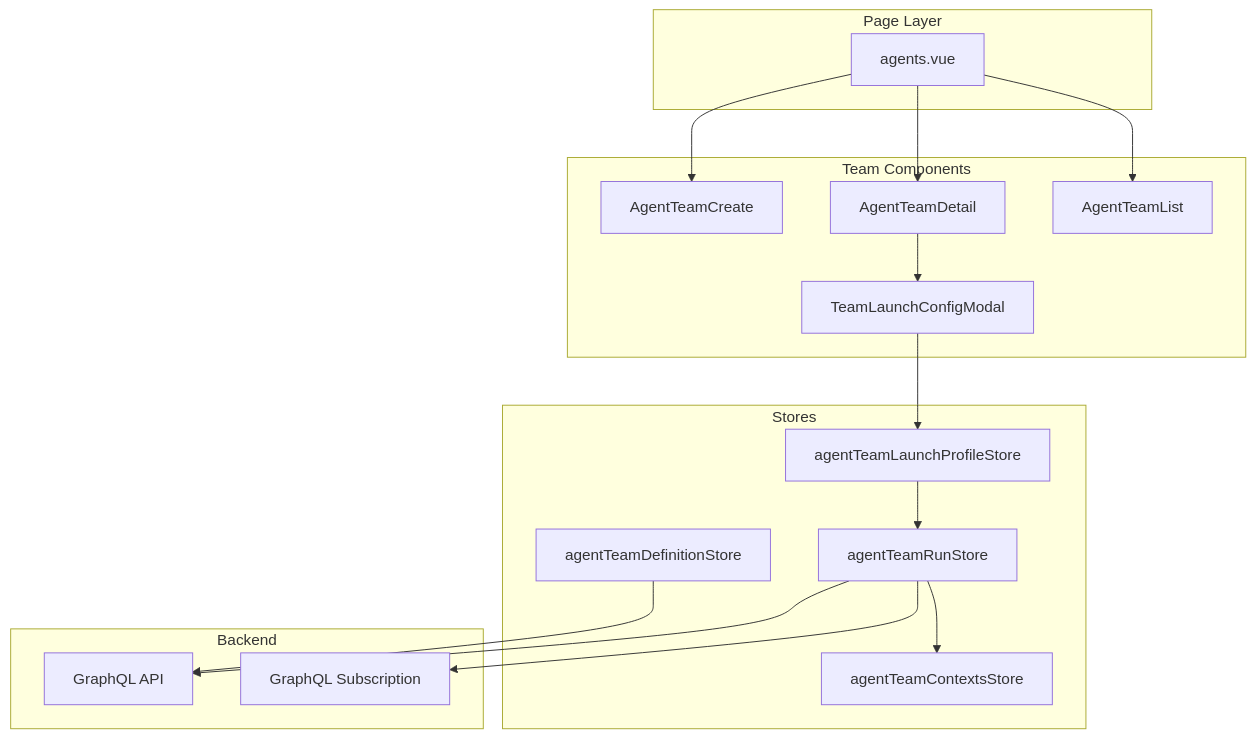
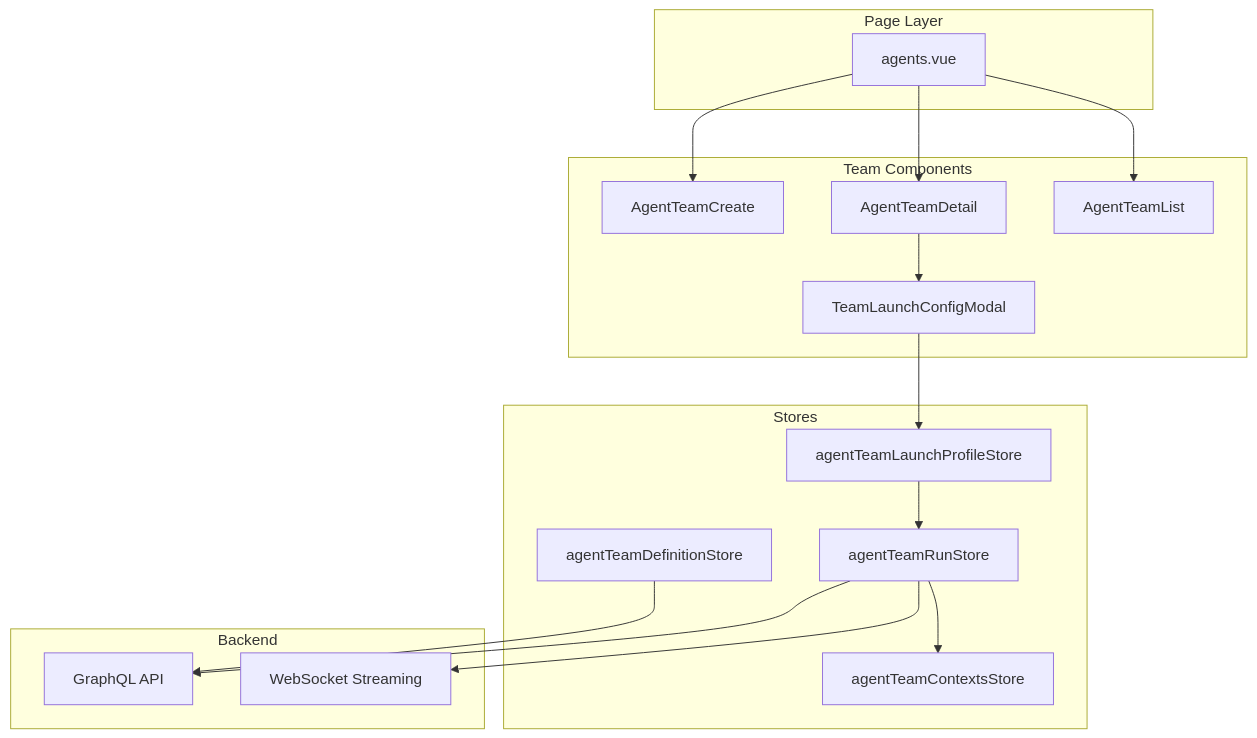
Before and after one commit to AutoByteus/autobyteus-web: the first of 3 diagrams in docs/agent_teams.md, drawn with Mermaid. The commit also changed other lines of this file and 9 other files, not shown here.

````diff
--- a/docs/agent_teams.md
+++ b/docs/agent_teams.md
@@ -51,38 +51,38 @@
 ```mermaid
 flowchart TD
     subgraph "Page Layer"
         AgentsPage[agents.vue]
     end
 
     subgraph "Team Components"
         TeamList[AgentTeamList]
         TeamDetail[AgentTeamDetail]
         TeamCreate[AgentTeamCreate]
         LaunchModal[TeamLaunchConfigModal]
     end
 
     subgraph "Stores"
         DefStore[agentTeamDefinitionStore]
         ProfileStore[agentTeamLaunchProfileStore]
         RunStore[agentTeamRunStore]
         ContextStore[agentTeamContextsStore]
     end
 
     subgraph "Backend"
         GraphQL[GraphQL API]
-        Subscription[GraphQL Subscription]
+        WS[WebSocket Streaming]
     end
 
     AgentsPage --> TeamList
     AgentsPage --> TeamDetail
     AgentsPage --> TeamCreate
 
     TeamDetail --> LaunchModal
     LaunchModal --> ProfileStore
     ProfileStore --> RunStore
     RunStore --> ContextStore
-    RunStore --> Subscription
+    RunStore --> WS
 
     DefStore --> GraphQL
     RunStore --> GraphQL
 ```
````
